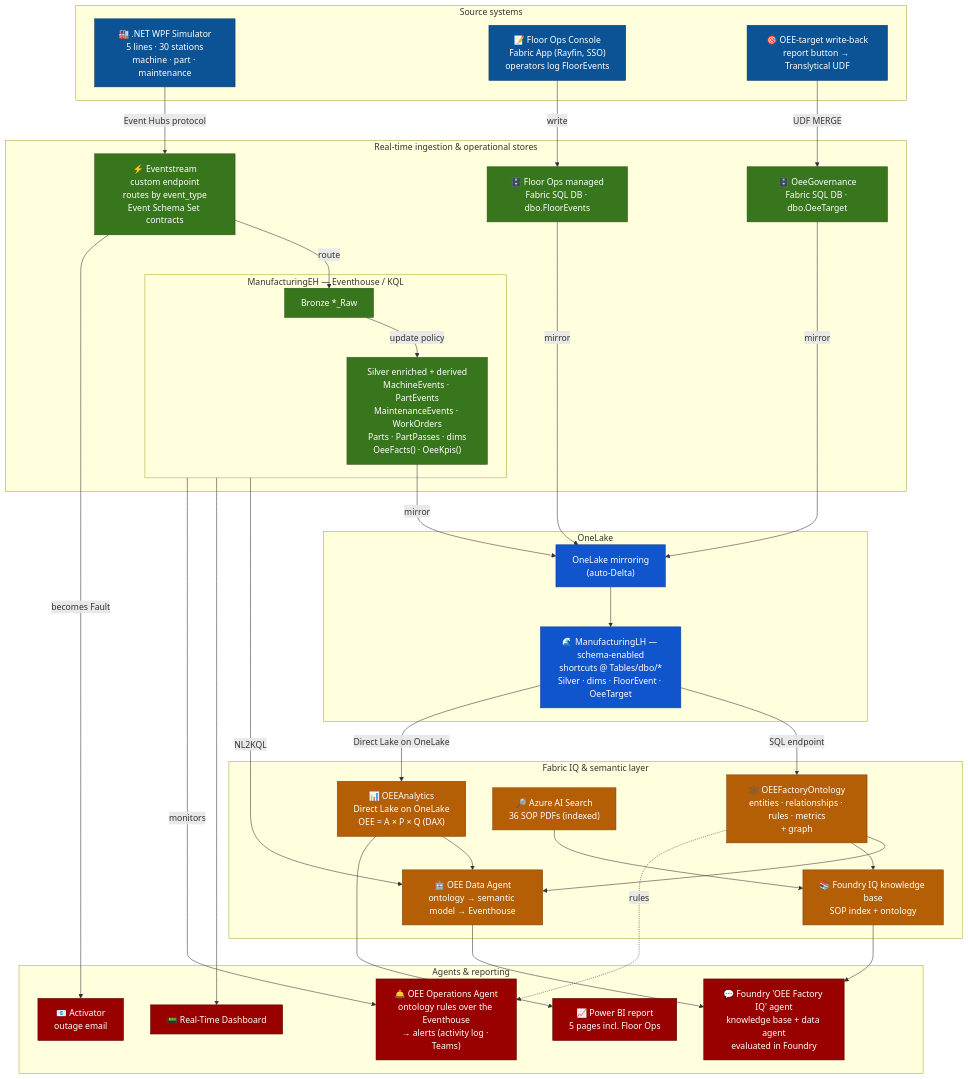
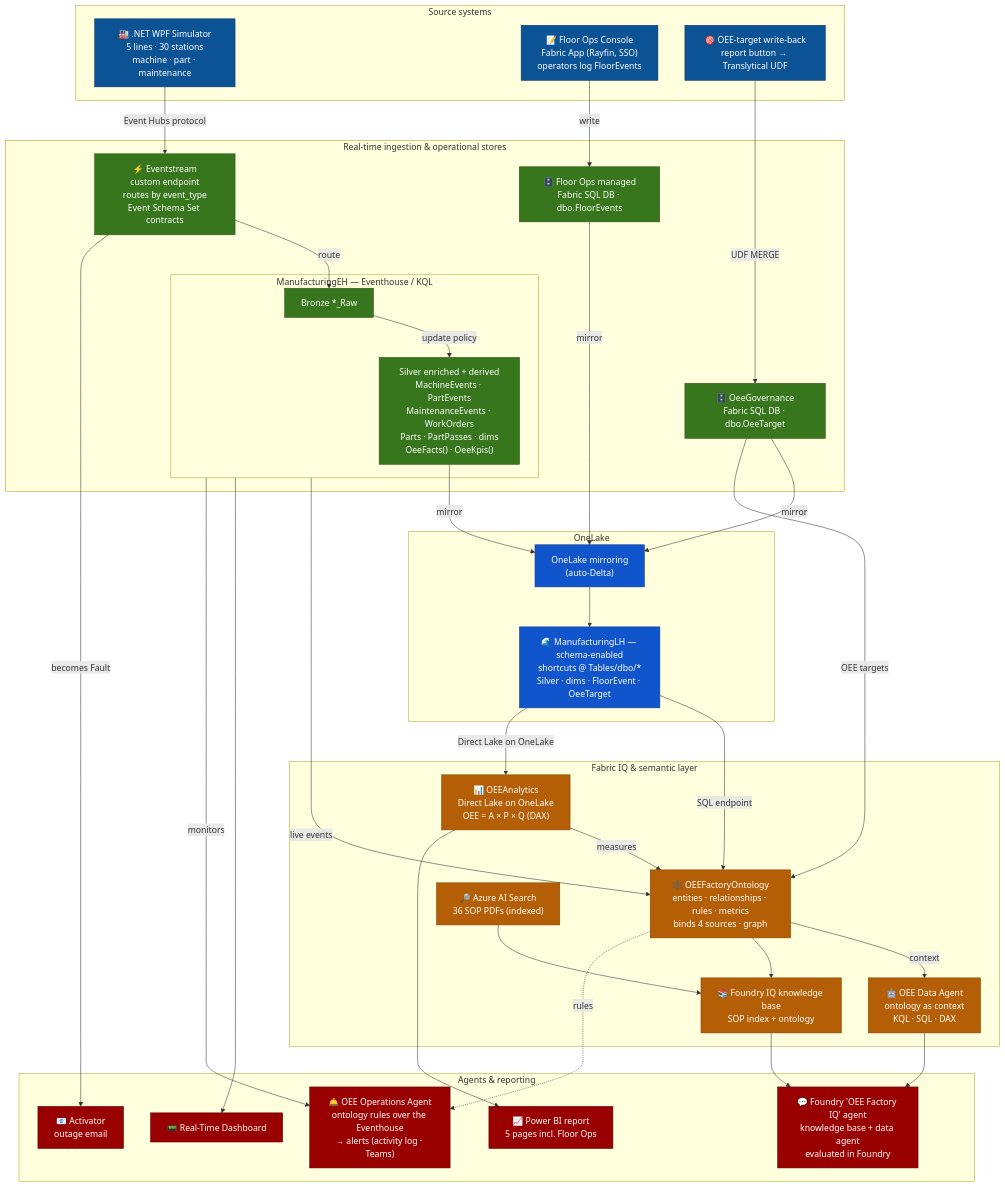
One commit to howardginsburg/FabricOEEDemo changed the diagram in docs/how-it-works.md. Above: the diagram before and after it, drawn with Mermaid. The commit also changed other lines of this file and 52 other files, not shown here.

```diff
--- a/docs/how-it-works.md
+++ b/docs/how-it-works.md
@@ -40,13 +40,13 @@
 
     %% ---------------- Fabric IQ & semantics ----------------
     subgraph SERVE["Fabric IQ & semantic layer"]
-        ONT["🕸️ OEEFactoryOntology<br/>entities · relationships · rules · metrics<br/>+ graph"]
+        ONT["🕸️ OEEFactoryOntology<br/>entities · relationships · rules · metrics<br/>binds 4 sources · graph"]
         SM["📊 OEEAnalytics<br/>Direct Lake on OneLake<br/>OEE = A × P × Q (DAX)"]
-        DA["🤖 OEE Data Agent<br/>ontology → semantic model → Eventhouse"]
+        DA["🤖 OEE Data Agent<br/>ontology as context<br/>KQL · SQL · DAX"]
         SEARCH["🔎 Azure AI Search<br/>36 SOP PDFs (indexed)"]
         KB["📚 Foundry IQ knowledge base<br/>SOP index + ontology"]
-        ONT --> DA
-        SM --> DA
+        SM -->|measures| ONT
+        ONT -->|context| DA
         ONT --> KB
         SEARCH --> KB
     end
@@ -71,8 +71,9 @@
     GSQL -->|mirror| MIRROR
 
     LH -->|SQL endpoint| ONT
+    EH -->|live events| ONT
+    GSQL -->|OEE targets| ONT
     LH -->|Direct Lake on OneLake| SM
-    EH -->|NL2KQL| DA
 
     SM --> RPT
     EH --> DASH
```
